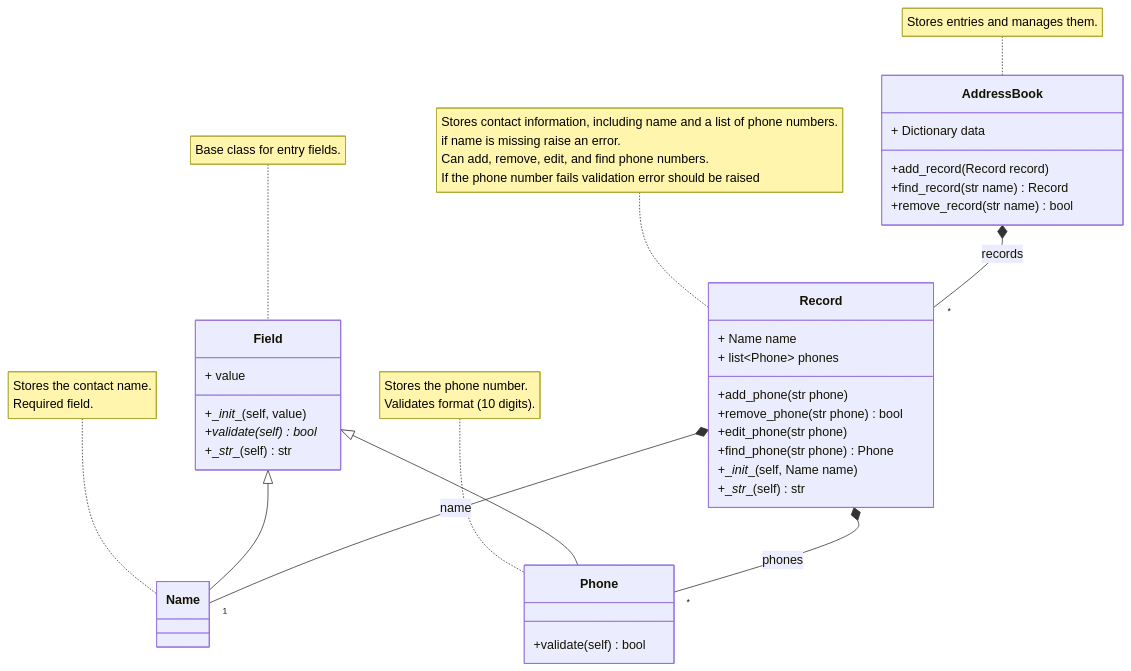
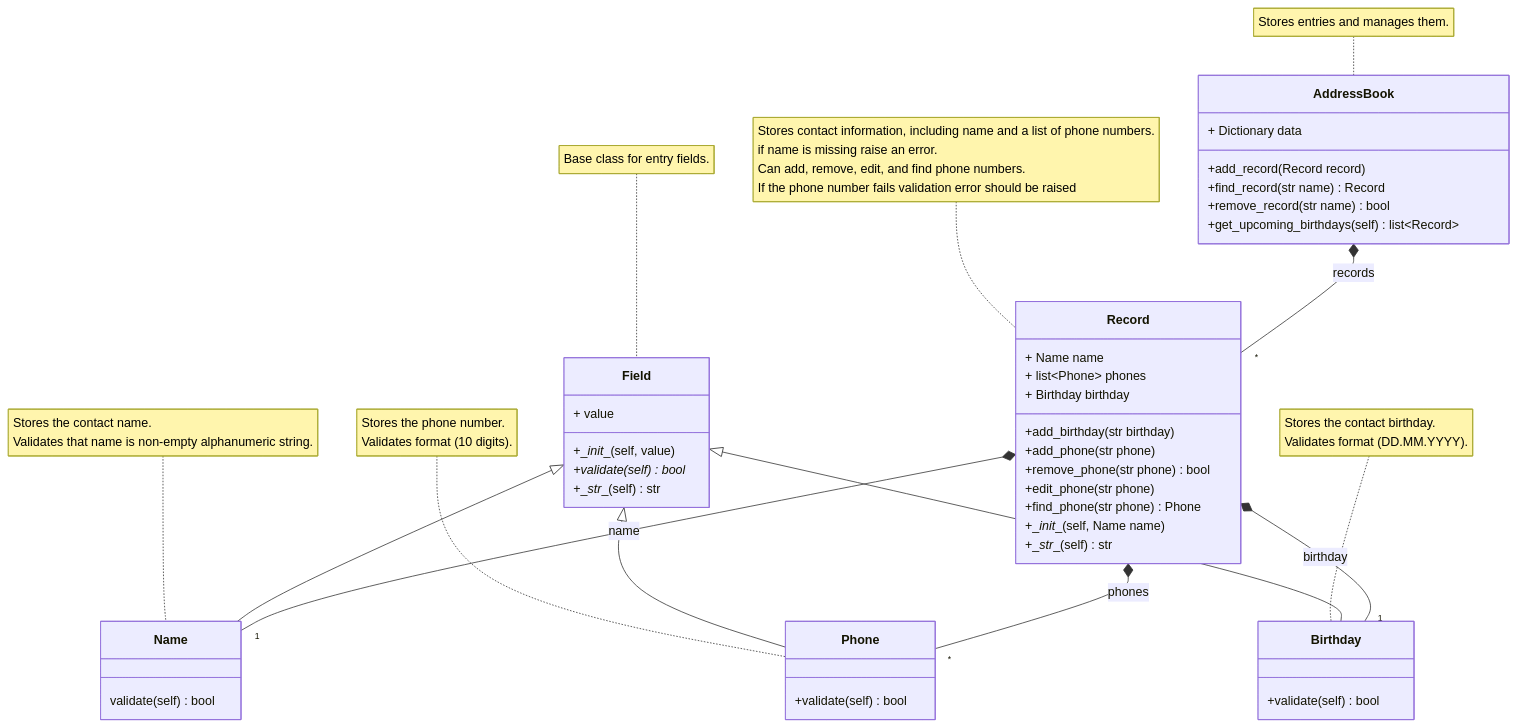
Before and after one commit to mykhailo-zhar/goit-pycore-hw-07: the diagram in docs/source/class-diagram.rst, drawn with Mermaid. The commit also changed other lines of this file, not shown here.

Commit message:
Change class diagram

```diff
--- a/docs/source/class-diagram.rst
+++ b/docs/source/class-diagram.rst
@@ -7,47 +7,58 @@
 .. mermaid::
-  
   classDiagram
-  direction TB
-
-  class Field {
-    + value
-    +\__init__(self, value)
-    +validate(self) bool*
-    +\__str__(self) str
-  }
-
-  class Name 
-  class Phone {
-    +validate(self) bool
-  }
-  class Record {
-    + Name name
-    + list~Phone~ phones
-    
-    +add_phone(str phone)
-    +remove_phone(str phone) bool
-    +edit_phone(str phone)
-    +find_phone(str phone) Phone
-    +\__init__(self, Name name)
-    +\__str__(self) str
-  }
-  class AddressBook {
-    + Dictionary data
-    +add_record(Record record)
-    +find_record(str name) Record
-    +remove_record(str name) bool
-  }
-
-  Field <|-- Name
-  Field <|-- Phone
-
-  Record *-- "1" Name : name
-  Record *-- "*" Phone : phones
-
-  AddressBook *-- "*" Record : records
-
-  note for Field "Base class for entry fields."
-  note for Name "Stores the contact name. <br/> Required field."
-  note for Phone "Stores the phone number. <br/> Validates format (10 digits)."
-  note for Record "Stores contact information, including name and a list of phone numbers. <br/> if name is missing raise an error. <br/> Can add, remove, edit, and find phone numbers. <br/> If the phone number fails validation error should be raised"
-  note for AddressBook "Stores entries and manages them."
+        direction TB
+      
+        class Field {
+          + value
+          +\__init__(self, value)
+          +validate(self) bool*
+          +\__str__(self) str
+        }
+      
+        class Name {
+          validate(self) bool
+        }
+        class Phone {
+          +validate(self) bool
+        }
+        class Birthday {
+          +validate(self) bool
+        }
+        class Record {
+          + Name name
+          + list~Phone~ phones
+          + Birthday birthday
+      
+          +add_birthday(str birthday)
+          +add_phone(str phone)
+          +remove_phone(str phone) bool
+          +edit_phone(str phone)
+          +find_phone(str phone) Phone
+          +\__init__(self, Name name)
+          +\__str__(self) str
+        }
+        class AddressBook {
+          + Dictionary data
+          +add_record(Record record)
+          +find_record(str name) Record
+          +remove_record(str name) bool
+      
+          +get_upcoming_birthdays(self) list~Record~
+        }
+      
+        Field <|-- Name
+        Field <|-- Phone
+        Field <|-- Birthday
+      
+        Record *-- "1" Name : name
+        Record *-- "*" Phone : phones
+        Record *-- "1" Birthday : birthday
+      
+        AddressBook *-- "*" Record : records
+      
+        note for Field "Base class for entry fields."
+        note for Birthday "Stores the contact birthday. <br/> Validates format (DD.MM.YYYY)."
+        note for Name "Stores the contact name. <br/> Validates that name is non-empty alphanumeric string."
+        note for Phone "Stores the phone number. <br/> Validates format (10 digits)."
+        note for Record "Stores contact information, including name and a list of phone numbers. <br/> if name is missing raise an error. <br/> Can add, remove, edit, and find phone numbers. <br/> If the phone number fails validation error should be raised"
+        note for AddressBook "Stores entries and manages them."
```
